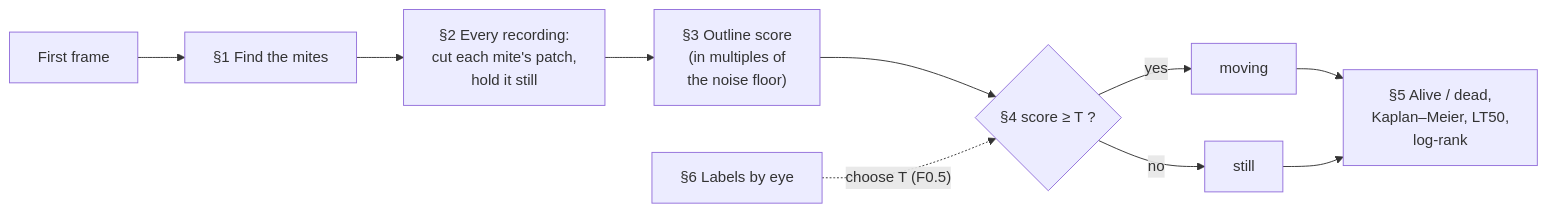
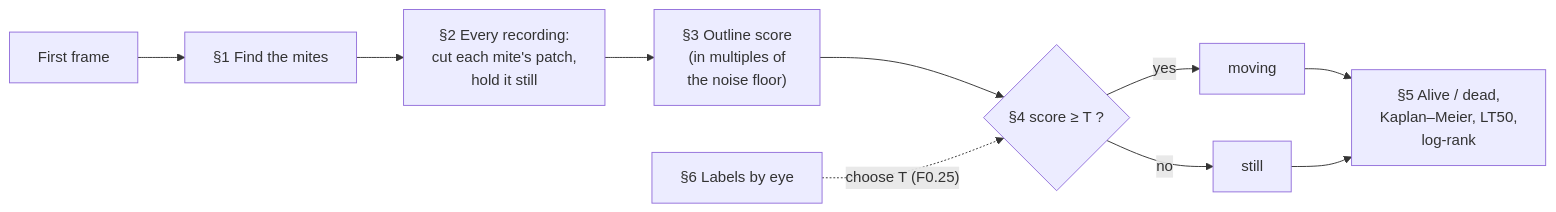
One commit to Mateo-Schaerer-Gonzalez/Varroa_detector_discobox changed the diagram in report/2_how_it_works.md. Above: the diagram before and after it, drawn with Mermaid. The commit also changed other lines of this file and 35 other files, not shown here.

````diff
--- a/report/2_how_it_works.md
+++ b/report/2_how_it_works.md
@@ -7,11 +7,11 @@
 ```mermaid
 flowchart LR
     A["First frame"] --> B["§1 Find the mites"]
     B --> C["§2 Every recording:<br/>cut each mite's patch,<br/>hold it still"]
     C --> D["§3 Outline score<br/>(in multiples of<br/>the noise floor)"]
     D --> E{"§4 score ≥ T ?"}
     E -- yes --> F["moving"]
     E -- no --> G["still"]
     F & G --> H["§5 Alive / dead,<br/>Kaplan–Meier, LT50,<br/>log-rank"]
-    I["§6 Labels by eye"] -. "choose T (F0.5)" .-> E
+    I["§6 Labels by eye"] -. "choose T (F0.25)" .-> E
 ```
````
